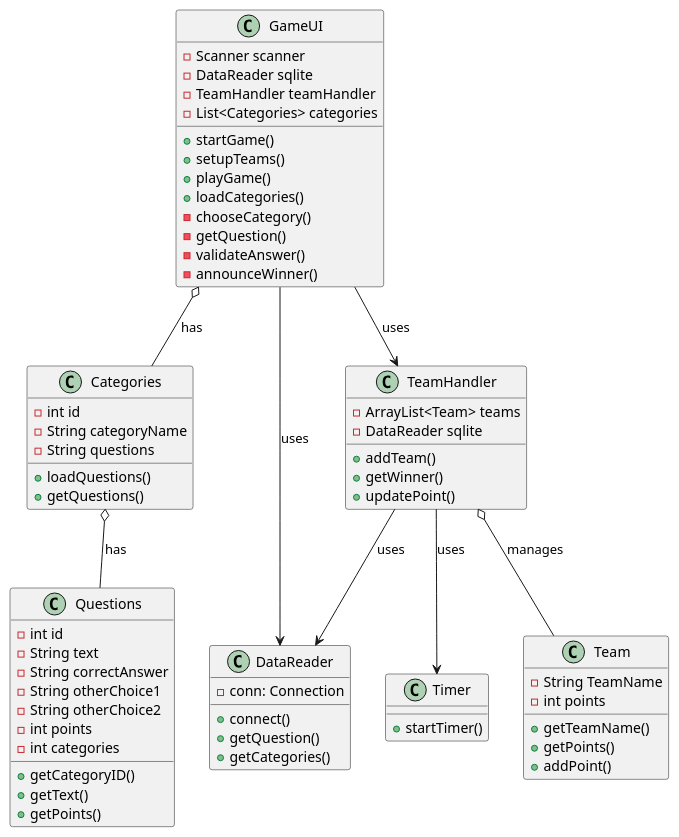
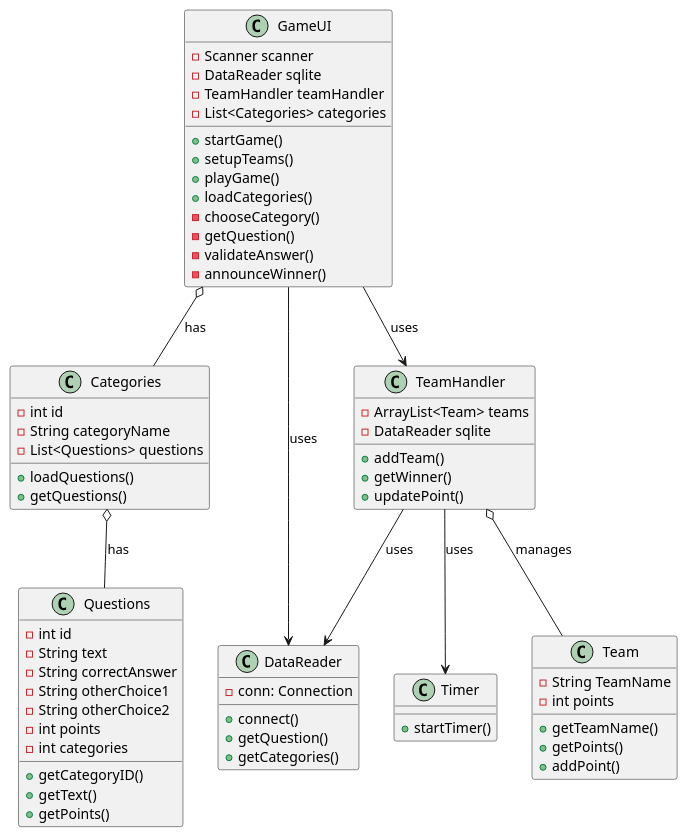
Before and after one commit to suzi558/ICE-project: the diagram in UML/v2.puml, drawn with PlantUML.

Commit message:
opdateret klassediagram

```diff
--- a/UML/v2.puml
+++ b/UML/v2.puml
@@ -1,76 +1,76 @@
 @startuml
 
 class GameUI {
 - Scanner scanner
 - DataReader sqlite
 - TeamHandler teamHandler
 - List<Categories> categories
 
 + startGame()
 + setupTeams()
 + playGame()
 + loadCategories()
 - chooseCategory()
 - getQuestion()
 - validateAnswer()
 - announceWinner()
 }
 
 class DataReader {
 - conn: Connection
 + connect()
 + getQuestion()
 + getCategories()
 }
 
 class Categories {
 - int id
 - String categoryName
-- String questions
+- List<Questions> questions
 + loadQuestions()
 + getQuestions()
 }
 
 class Questions {
  - int id
  - String text
  - String correctAnswer
  - String otherChoice1
  - String otherChoice2
  - int points
  - int categories
  + getCategoryID()
  + getText()
  + getPoints()
 }
 
 class TeamHandler {
 - ArrayList<Team> teams
 - DataReader sqlite
 + addTeam()
 + getWinner()
 + updatePoint()
 }
 
 class Team {
 - String TeamName
 - int points
 + getTeamName()
 + getPoints()
 + addPoint()
 }
 
 class Timer {
 + startTimer()
 }
 
 ' Relationer mellem klasser
 GameUI --> DataReader : uses
 GameUI o-- Categories : has
 GameUI --> TeamHandler : uses
 TeamHandler o-- Team : manages
 TeamHandler --> DataReader : uses
 Categories o-- Questions : has
 TeamHandler --> Timer : uses
 
 @enduml
```
